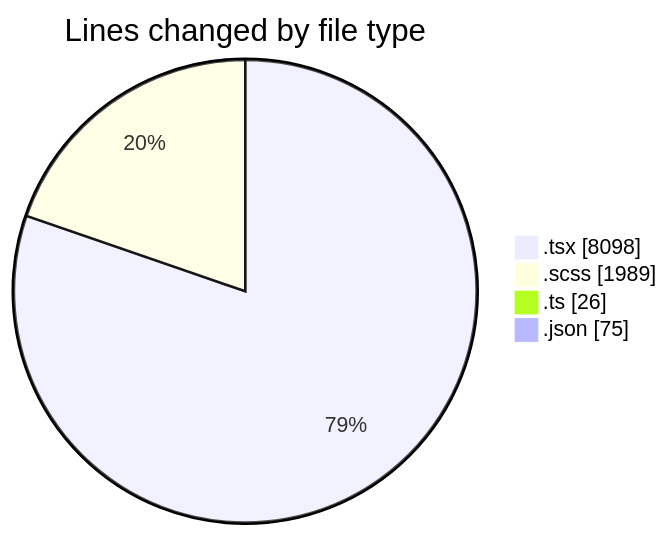
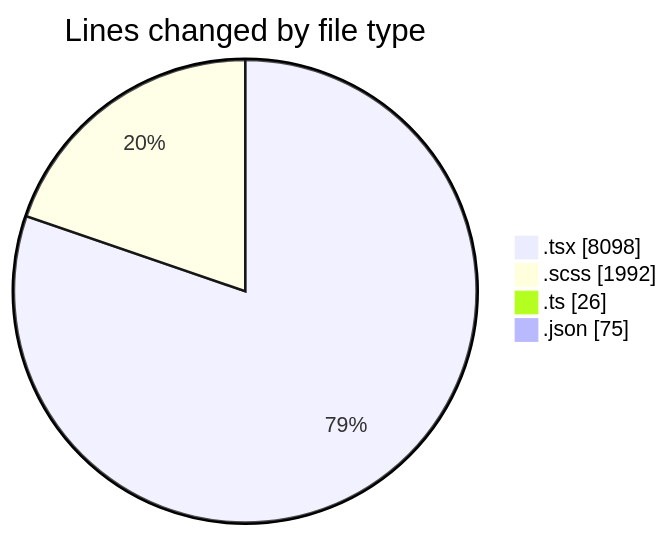
One commit to momahboobian/code-tracking changed the first of 2 diagrams in 2025-04-09/cda/README.md. Above: the diagram before and after it, drawn with Mermaid. The commit also changed other lines of this file and 1 other file, not shown here.

````diff
--- a/2025-04-09/cda/README.md
+++ b/2025-04-09/cda/README.md
@@ -48,8 +48,8 @@
 ```mermaid
 pie showData
 title Lines changed by file type
 ".tsx" : 8098
-".scss" : 1989
+".scss" : 1992
 ".ts" : 26
 ".json" : 75
 ```
````
